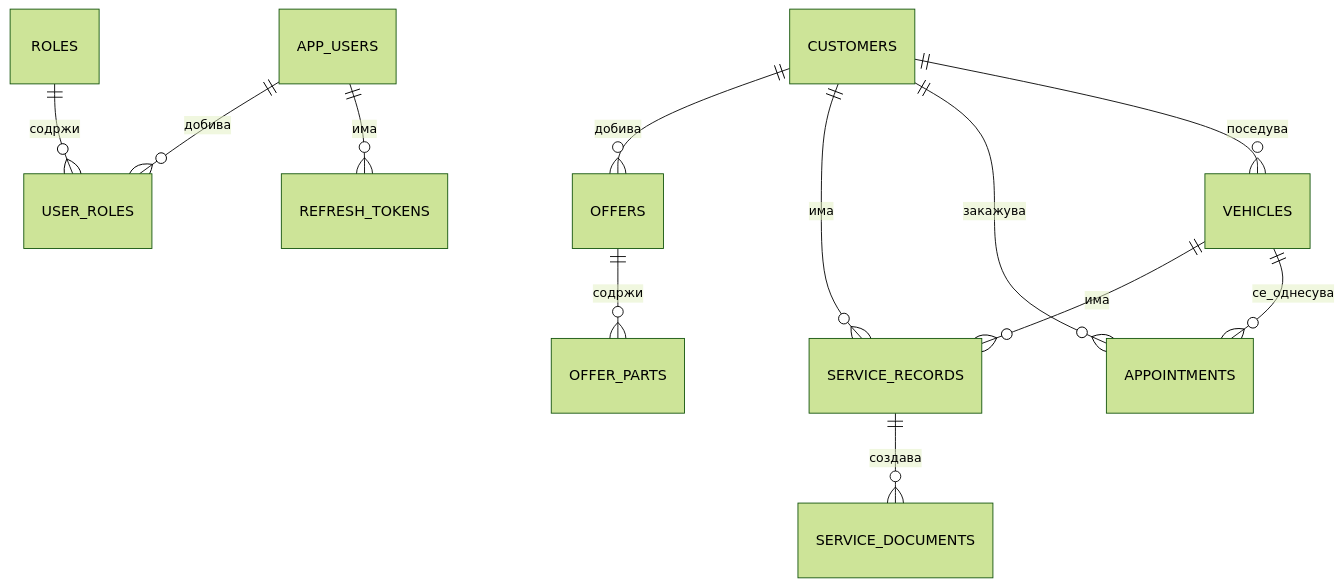
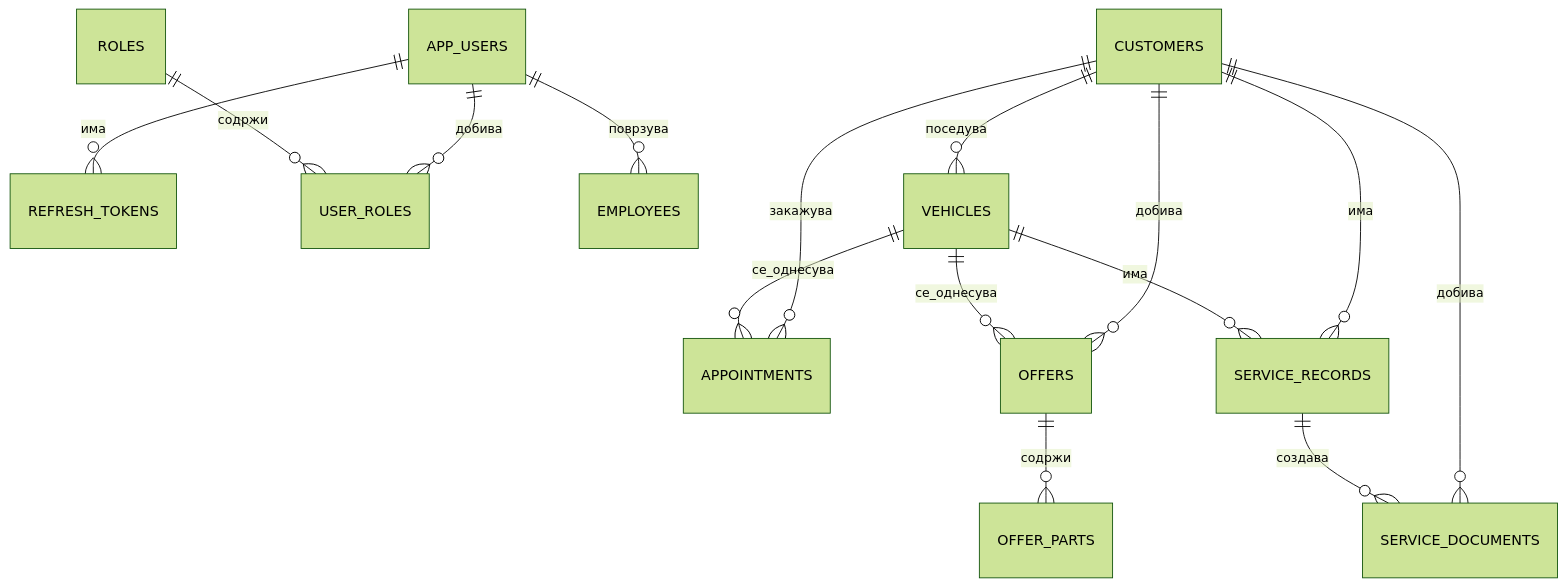
One commit to delenikov/car-care changed the third of 6 diagrams in docs/sds_mk.md. Above: the diagram before and after it, drawn with Mermaid (forest theme). The commit also changed other lines of this file and 36 other files, not shown here.

````diff
--- a/docs/sds_mk.md
+++ b/docs/sds_mk.md
@@ -439,14 +620,17 @@
 ```mermaid
 erDiagram
+  APP_USERS ||--o{ REFRESH_TOKENS : има
+  APP_USERS ||--o{ USER_ROLES : добива
+  ROLES ||--o{ USER_ROLES : содржи
+  APP_USERS ||--o{ EMPLOYEES : поврзува
   CUSTOMERS ||--o{ VEHICLES : поседува
   CUSTOMERS ||--o{ APPOINTMENTS : закажува
   VEHICLES ||--o{ APPOINTMENTS : се_однесува
   CUSTOMERS ||--o{ SERVICE_RECORDS : има
   VEHICLES ||--o{ SERVICE_RECORDS : има
   CUSTOMERS ||--o{ OFFERS : добива
+  VEHICLES ||--o{ OFFERS : се_однесува
   OFFERS ||--o{ OFFER_PARTS : содржи
+  CUSTOMERS ||--o{ SERVICE_DOCUMENTS : добива
   SERVICE_RECORDS ||--o{ SERVICE_DOCUMENTS : создава
-  APP_USERS ||--o{ REFRESH_TOKENS : има
-  APP_USERS ||--o{ USER_ROLES : добива
-  ROLES ||--o{ USER_ROLES : содржи
 ```
````
